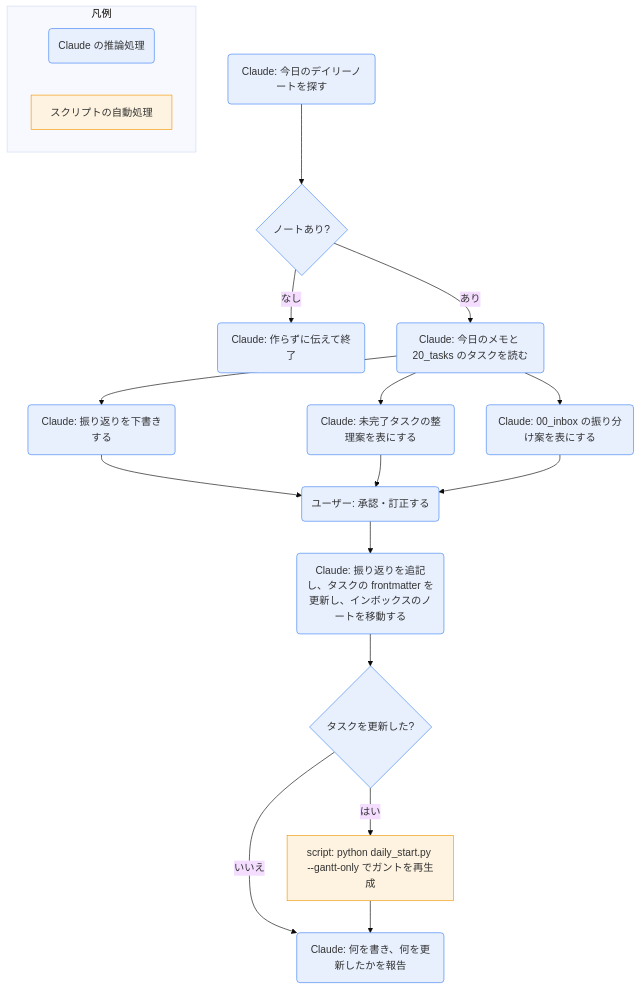
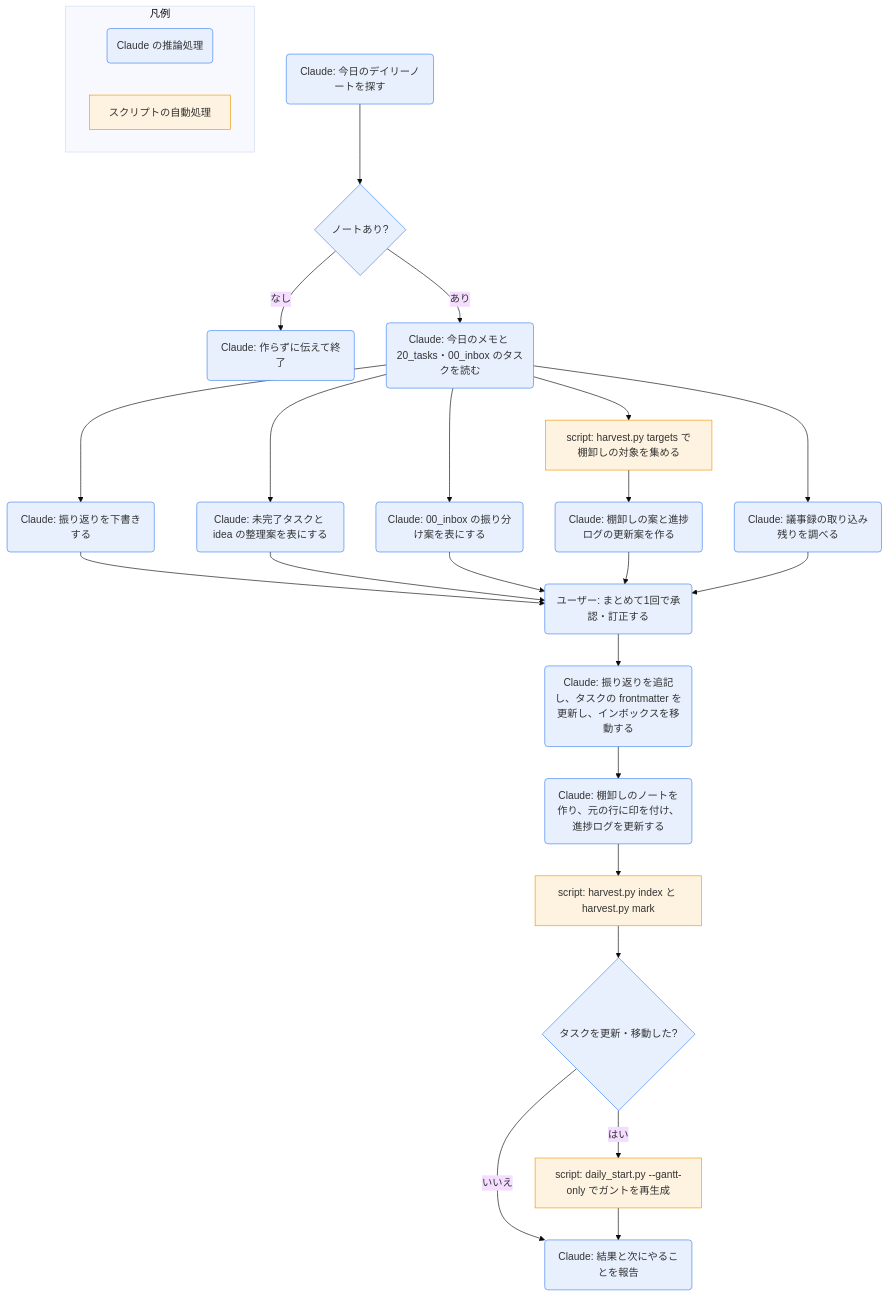
Before and after one commit to asama0101/obsidian-claude: the diagram in 90_system/skill-docs/daily-end.md, drawn with Mermaid (base theme). The commit also changed other lines of this file and 66 other files, not shown here.

````diff
--- a/90_system/skill-docs/daily-end.md
+++ b/90_system/skill-docs/daily-end.md
@@ -34,25 +40,32 @@
 ```mermaid
 flowchart TD
   A(Claude: 今日のデイリーノートを探す) --> B{ノートあり?}
   B -- なし --> Z(Claude: 作らずに伝えて終了)
-  B -- あり --> C(Claude: 今日のメモと 20_tasks のタスクを読む)
+  B -- あり --> C(Claude: 今日のメモと 20_tasks・00_inbox のタスクを読む)
   C --> D(Claude: 振り返りを下書きする)
-  C --> E(Claude: 未完了タスクの整理案を表にする)
+  C --> E(Claude: 未完了タスクと idea の整理案を表にする)
   C --> K(Claude: 00_inbox の振り分け案を表にする)
-  D --> F(ユーザー: 承認・訂正する)
+  C --> H1[script: harvest.py targets で棚卸しの対象を集める]
+  H1 --> H2(Claude: 棚卸しの案と進捗ログの更新案を作る)
+  C --> M(Claude: 議事録の取り込み残りを調べる)
+  D --> F(ユーザー: まとめて1回で承認・訂正する)
   E --> F
   K --> F
-  F --> G(Claude: 振り返りを追記し、タスクの frontmatter を更新し、インボックスのノートを移動する)
-  G --> H{タスクを更新した?}
-  H -- はい --> I[script: python daily_start.py --gantt-only でガントを再生成]
-  H -- いいえ --> J(Claude: 何を書き、何を更新したかを報告)
-  I --> J
+  H2 --> F
+  M --> F
+  F --> G(Claude: 振り返りを追記し、タスクの frontmatter を更新し、インボックスを移動する)
+  G --> H3(Claude: 棚卸しのノートを作り、元の行に印を付け、進捗ログを更新する)
+  H3 --> H4[script: harvest.py index と harvest.py mark]
+  H4 --> I{タスクを更新・移動した?}
+  I -- はい --> J[script: daily_start.py --gantt-only でガントを再生成]
+  I -- いいえ --> L(Claude: 結果と次にやることを報告)
+  J --> L
   classDef ai fill:#e8f0fe,stroke:#4285f4
   classDef sc fill:#fef3e0,stroke:#f29900
-  class A,B,C,D,E,F,G,H,J,K,Z ai
-  class I sc
+  class A,B,C,D,E,F,G,H2,H3,I,K,L,M,Z ai
+  class H1,H4,J sc
   subgraph 凡例
     L1(Claude の推論処理):::ai
     L2[スクリプトの自動処理]:::sc
   end
 ```
````
